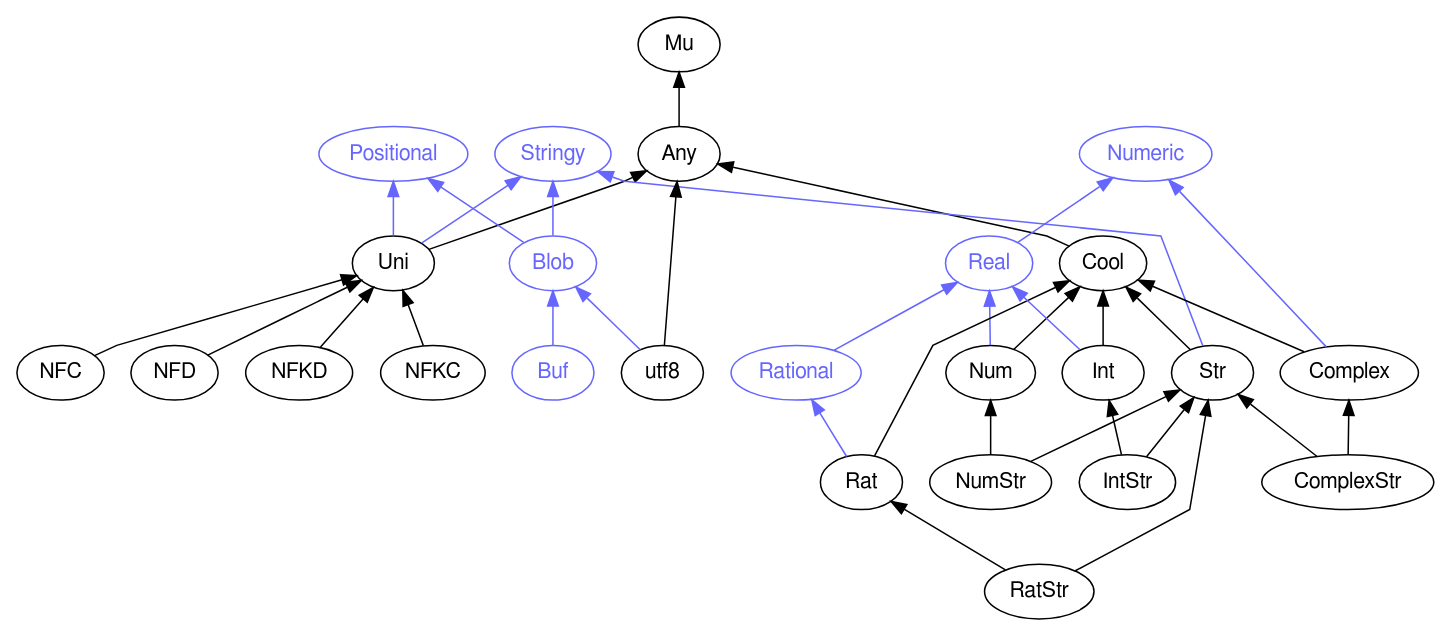
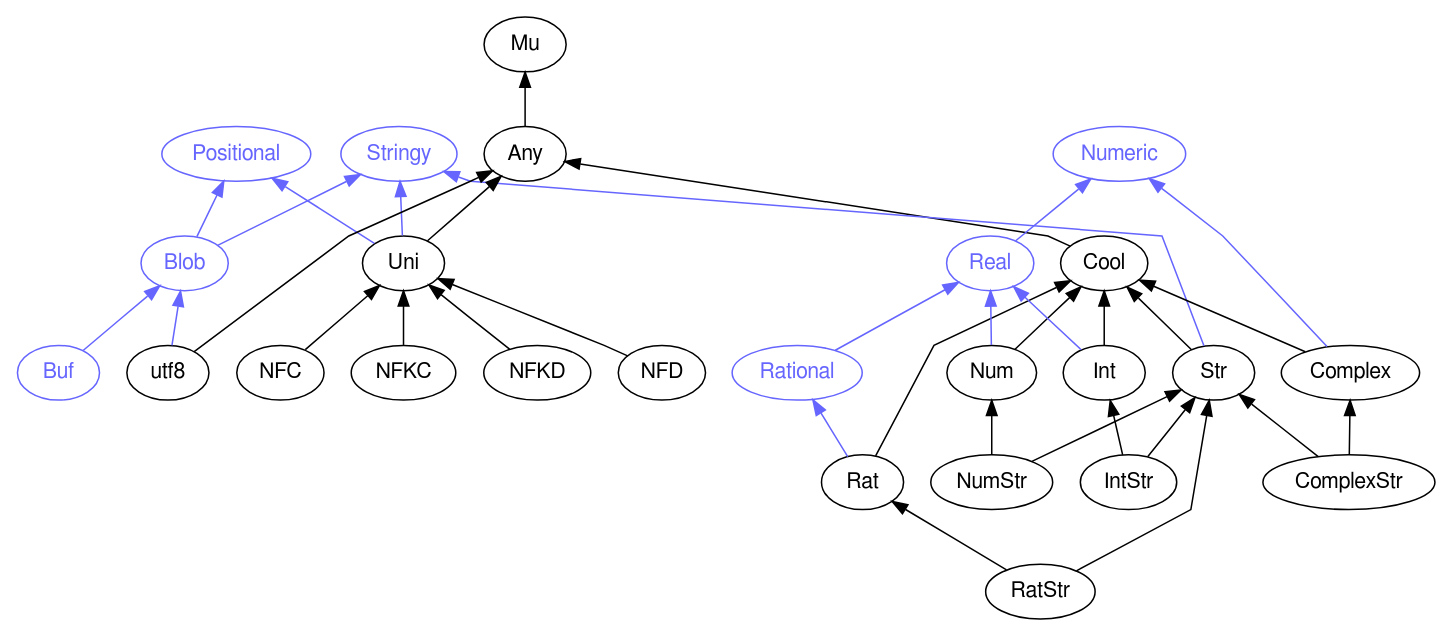
Before and after one commit to perl6docs/perl6docs.github.io: the diagram in images/type-graph-Stringy.svg.dot, drawn with Graphviz. The commit also changed other lines of this file and 4422 other files, not shown here.

```diff
--- a/images/type-graph-Stringy.svg.dot
+++ b/images/type-graph-Stringy.svg.dot
@@ -1,69 +1,69 @@
 digraph "perl6-type-graph" {
     rankdir=BT;
     splines=polyline;
     overlap=false; 
     // Types
     "Stringy" [color="#6666FF", fontcolor="#6666FF", href="/type/Stringy", fontname="FreeSans"];
+    "Positional" [color="#6666FF", fontcolor="#6666FF", href="/type/Positional", fontname="FreeSans"];
+    "Blob" [color="#6666FF", fontcolor="#6666FF", href="/type/Blob", fontname="FreeSans"];
     "Mu" [color="#000000", fontcolor="#000000", href="/type/Mu", fontname="FreeSans"];
     "Any" [color="#000000", fontcolor="#000000", href="/type/Any", fontname="FreeSans"];
-    "Positional" [color="#6666FF", fontcolor="#6666FF", href="/type/Positional", fontname="FreeSans"];
-    "Uni" [color="#000000", fontcolor="#000000", href="/type/Uni", fontname="FreeSans"];
-    "Blob" [color="#6666FF", fontcolor="#6666FF", href="/type/Blob", fontname="FreeSans"];
     "Cool" [color="#000000", fontcolor="#000000", href="/type/Cool", fontname="FreeSans"];
     "Str" [color="#000000", fontcolor="#000000", href="/type/Str", fontname="FreeSans"];
-    "NFC" [color="#000000", fontcolor="#000000", href="/type/NFC", fontname="FreeSans"];
-    "NFD" [color="#000000", fontcolor="#000000", href="/type/NFD", fontname="FreeSans"];
-    "NFKD" [color="#000000", fontcolor="#000000", href="/type/NFKD", fontname="FreeSans"];
-    "NFKC" [color="#000000", fontcolor="#000000", href="/type/NFKC", fontname="FreeSans"];
+    "Uni" [color="#000000", fontcolor="#000000", href="/type/Uni", fontname="FreeSans"];
     "Numeric" [color="#6666FF", fontcolor="#6666FF", href="/type/Numeric", fontname="FreeSans"];
     "Real" [color="#6666FF", fontcolor="#6666FF", href="/type/Real", fontname="FreeSans"];
-    "Num" [color="#000000", fontcolor="#000000", href="/type/Num", fontname="FreeSans"];
-    "NumStr" [color="#000000", fontcolor="#000000", href="/type/NumStr", fontname="FreeSans"];
     "Rational" [color="#6666FF", fontcolor="#6666FF", href="/type/Rational", fontname="FreeSans"];
     "Rat" [color="#000000", fontcolor="#000000", href="/type/Rat", fontname="FreeSans"];
     "RatStr" [color="#000000", fontcolor="#000000", href="/type/RatStr", fontname="FreeSans"];
+    "Num" [color="#000000", fontcolor="#000000", href="/type/Num", fontname="FreeSans"];
+    "NumStr" [color="#000000", fontcolor="#000000", href="/type/NumStr", fontname="FreeSans"];
     "Int" [color="#000000", fontcolor="#000000", href="/type/Int", fontname="FreeSans"];
     "IntStr" [color="#000000", fontcolor="#000000", href="/type/IntStr", fontname="FreeSans"];
     "Complex" [color="#000000", fontcolor="#000000", href="/type/Complex", fontname="FreeSans"];
     "ComplexStr" [color="#000000", fontcolor="#000000", href="/type/ComplexStr", fontname="FreeSans"];
+    "NFC" [color="#000000", fontcolor="#000000", href="/type/NFC", fontname="FreeSans"];
+    "NFKC" [color="#000000", fontcolor="#000000", href="/type/NFKC", fontname="FreeSans"];
+    "NFKD" [color="#000000", fontcolor="#000000", href="/type/NFKD", fontname="FreeSans"];
+    "NFD" [color="#000000", fontcolor="#000000", href="/type/NFD", fontname="FreeSans"];
+    "utf8" [color="#000000", fontcolor="#000000", href="/type/utf8", fontname="FreeSans"];
     "Buf" [color="#6666FF", fontcolor="#6666FF", href="/type/Buf", fontname="FreeSans"];
-    "utf8" [color="#000000", fontcolor="#000000", href="/type/utf8", fontname="FreeSans"];
 
     // Superclasses
     "Any" -> "Mu" [color="#000000"];
-    "Uni" -> "Any" [color="#000000"];
     "Cool" -> "Any" [color="#000000"];
     "Str" -> "Cool" [color="#000000"];
-    "NFC" -> "Uni" [color="#000000"];
-    "NFD" -> "Uni" [color="#000000"];
-    "NFKD" -> "Uni" [color="#000000"];
-    "NFKC" -> "Uni" [color="#000000"];
+    "Uni" -> "Any" [color="#000000"];
+    "Rat" -> "Cool" [color="#000000"];
+    "RatStr" -> "Rat" [color="#000000"];
+    "RatStr" -> "Str" [color="#000000"];
     "Num" -> "Cool" [color="#000000"];
     "NumStr" -> "Num" [color="#000000"];
     "NumStr" -> "Str" [color="#000000"];
-    "Rat" -> "Cool" [color="#000000"];
-    "RatStr" -> "Rat" [color="#000000"];
-    "RatStr" -> "Str" [color="#000000"];
     "Int" -> "Cool" [color="#000000"];
     "IntStr" -> "Int" [color="#000000"];
     "IntStr" -> "Str" [color="#000000"];
     "Complex" -> "Cool" [color="#000000"];
     "ComplexStr" -> "Complex" [color="#000000"];
     "ComplexStr" -> "Str" [color="#000000"];
+    "NFC" -> "Uni" [color="#000000"];
+    "NFKC" -> "Uni" [color="#000000"];
+    "NFKD" -> "Uni" [color="#000000"];
+    "NFD" -> "Uni" [color="#000000"];
     "utf8" -> "Any" [color="#000000"];
 
     // Roles
-    "Uni" -> "Positional" [color="#6666FF"];
-    "Uni" -> "Stringy" [color="#6666FF"];
     "Blob" -> "Positional" [color="#6666FF"];
     "Blob" -> "Stringy" [color="#6666FF"];
     "Str" -> "Stringy" [color="#6666FF"];
+    "Uni" -> "Positional" [color="#6666FF"];
+    "Uni" -> "Stringy" [color="#6666FF"];
     "Real" -> "Numeric" [color="#6666FF"];
-    "Num" -> "Real" [color="#6666FF"];
     "Rational" -> "Real" [color="#6666FF"];
     "Rat" -> "Rational" [color="#6666FF"];
+    "Num" -> "Real" [color="#6666FF"];
     "Int" -> "Real" [color="#6666FF"];
     "Complex" -> "Numeric" [color="#6666FF"];
+    "utf8" -> "Blob" [color="#6666FF"];
     "Buf" -> "Blob" [color="#6666FF"];
-    "utf8" -> "Blob" [color="#6666FF"];
 }
```
